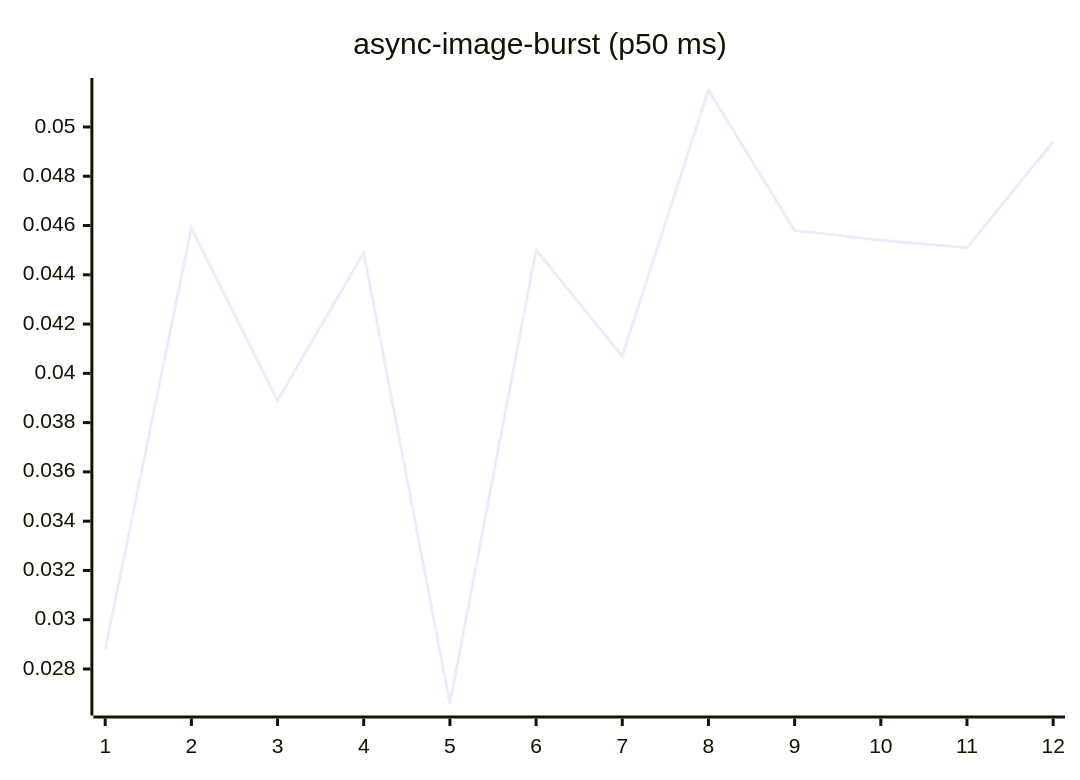
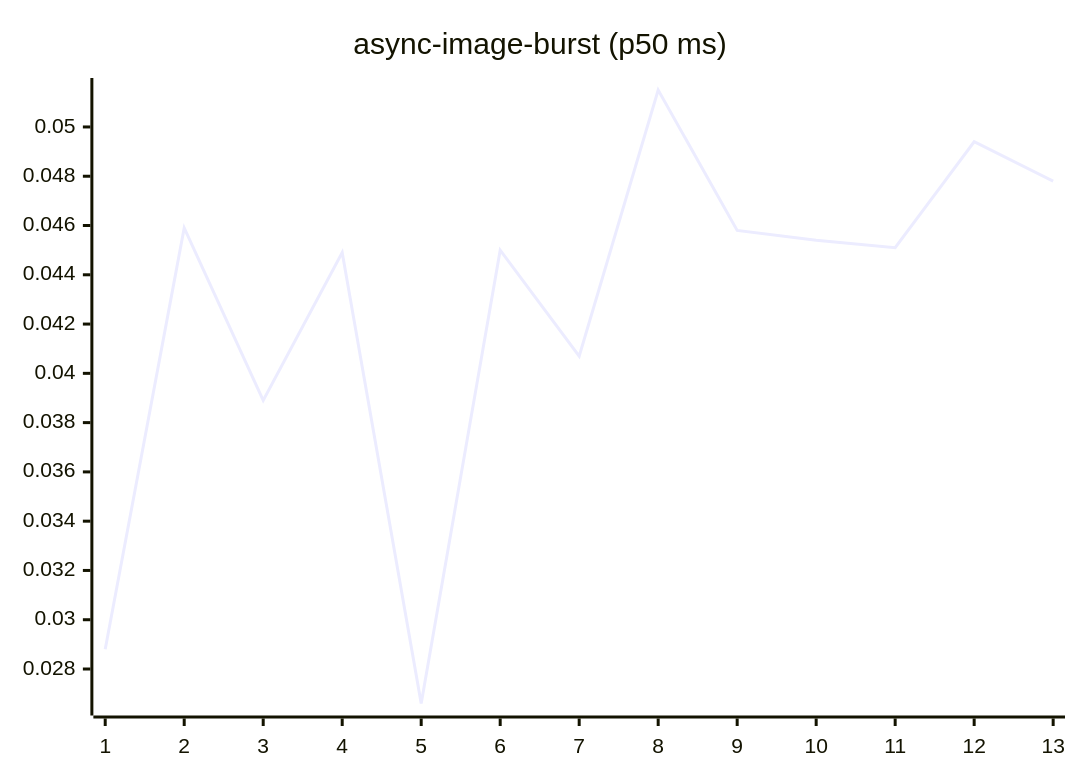
The fourth of 27 diagrams in README.md (josha/Facet), drawn with Mermaid before and after one commit. The commit also changed other lines of this file and 2 other files, not shown here.

````diff
--- a/README.md
+++ b/README.md
@@ -84,6 +84,6 @@
 ```mermaid
 xychart-beta
     title "async-image-burst (p50 ms)"
-    x-axis 1 --> 12
-    line [0.0288, 0.0459, 0.0389, 0.0449, 0.0266, 0.0450, 0.0407, 0.0515, 0.0458, 0.0454, 0.0451, 0.0494]
+    x-axis 1 --> 13
+    line [0.0288, 0.0459, 0.0389, 0.0449, 0.0266, 0.0450, 0.0407, 0.0515, 0.0458, 0.0454, 0.0451, 0.0494, 0.0478]
 ```
````
